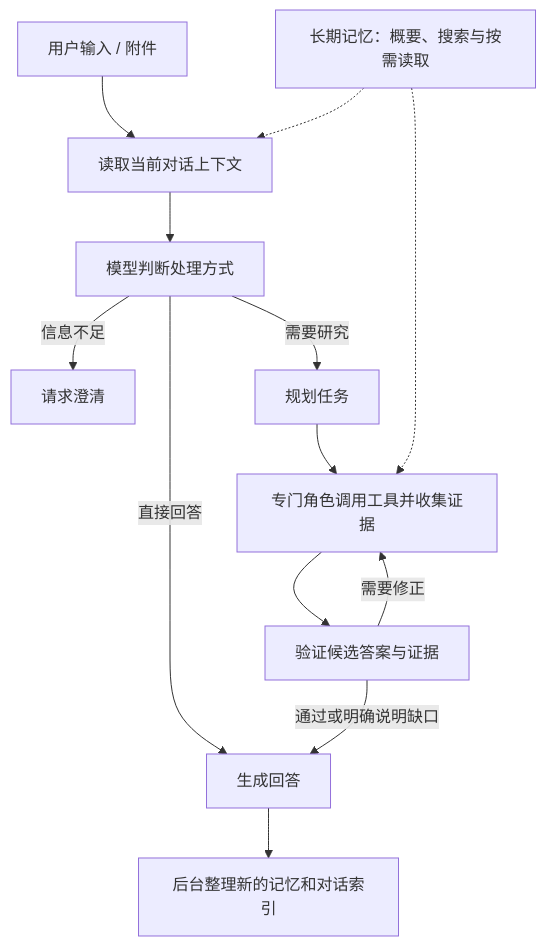
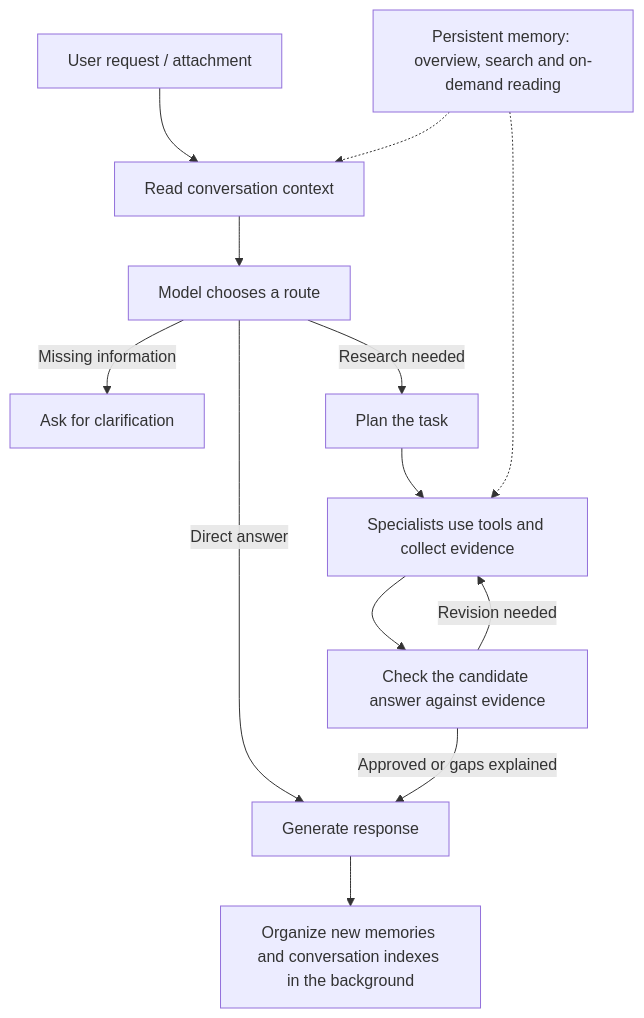
Before and after one commit to Oliver-Fang521/ToyAgent: the diagram in README.md, drawn with Mermaid. The commit also changed other lines of this file, not shown here.

````diff
--- a/README.md
+++ b/README.md
@@ -22,15 +22,15 @@
 ```mermaid
 flowchart TD
-    U[用户输入 / 附件] --> C[读取当前对话上下文]
-    C --> R[模型判断处理方式]
-    R -->|直接回答| D[生成回答]
-    R -->|信息不足| Q[请求澄清]
-    R -->|需要研究| P[规划任务]
-    P --> A[专门角色调用工具并收集证据]
-    A --> V[验证候选答案与证据]
-    V -->|需要修正| A
-    V -->|通过或明确说明缺口| D
-    M[长期记忆：概要、搜索与按需读取] -.-> C
+    U[User request / attachment] --> C[Read conversation context]
+    C --> R[Model chooses a route]
+    R -->|Direct answer| D[Generate response]
+    R -->|Missing information| Q[Ask for clarification]
+    R -->|Research needed| P[Plan the task]
+    P --> A[Specialists use tools and collect evidence]
+    A --> V[Check the candidate answer against evidence]
+    V -->|Revision needed| A
+    V -->|Approved or gaps explained| D
+    M[Persistent memory: overview, search and on-demand reading] -.-> C
     M -.-> A
-    D --> B[后台整理新的记忆和对话索引]
+    D --> B[Organize new memories and conversation indexes in the background]
 ```
````
